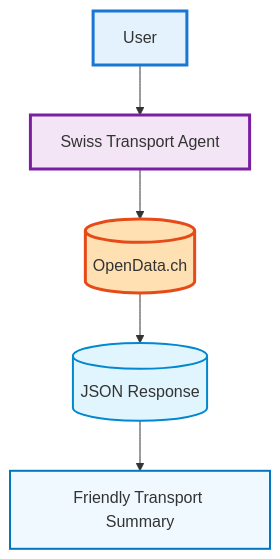
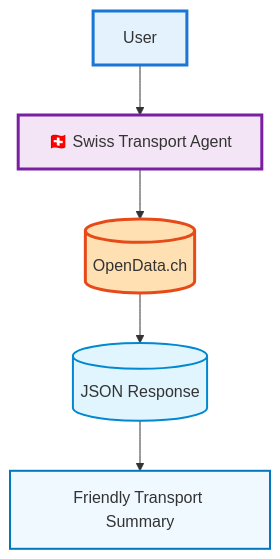
Before and after one commit to INNOQ-doc/innoq-doc: the diagram in cookbook/swiss-transport-agent.mdx, drawn with Mermaid. The commit also changed 1 other file, not shown here.

Commit message:
Documentation edits made through Mintlify web editor

````diff
--- a/cookbook/swiss-transport-agent.mdx
+++ b/cookbook/swiss-transport-agent.mdx
@@ -22,13 +22,13 @@
 ```mermaid
 flowchart TD
-    User[User] --> Agent[Swiss Transport Agent]
+    User[User] --> Agent[🇨🇭 Swiss Transport Agent]
     Agent --> API[(OpenData.ch)] 
     API --> Response[(JSON Response)]
     Response --> Output[Friendly Transport Summary]
 
     style User fill:#e3f2fd,stroke:#1976d2,stroke-width:3px
     style Agent fill:#f3e5f5,stroke:#7b1fa2,stroke-width:3px
     style API fill:#ffe0b2,stroke:#e64a19,stroke-width:3px
     style Response fill:#e1f5ff,stroke:#0288d1,stroke-width:2px
     style Output fill:#f0f9ff,stroke:#0277bd,stroke-width:2px
 ```
````
